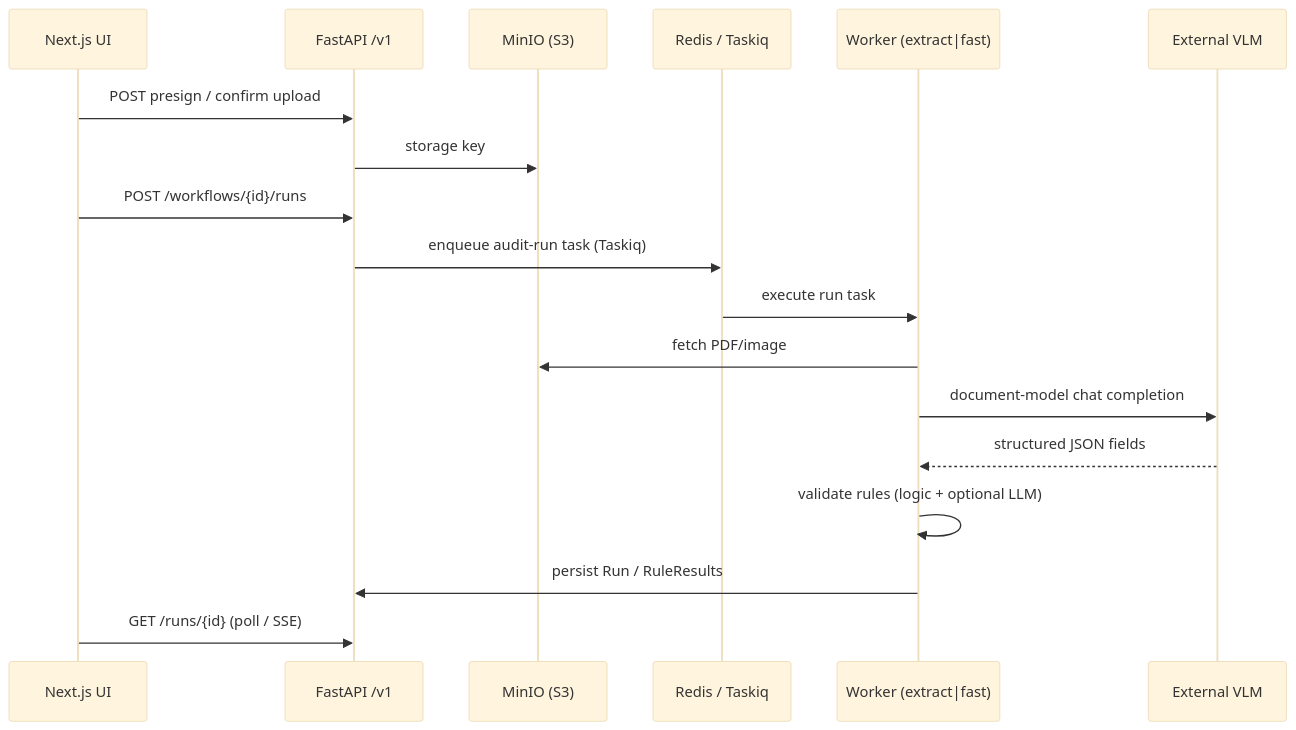
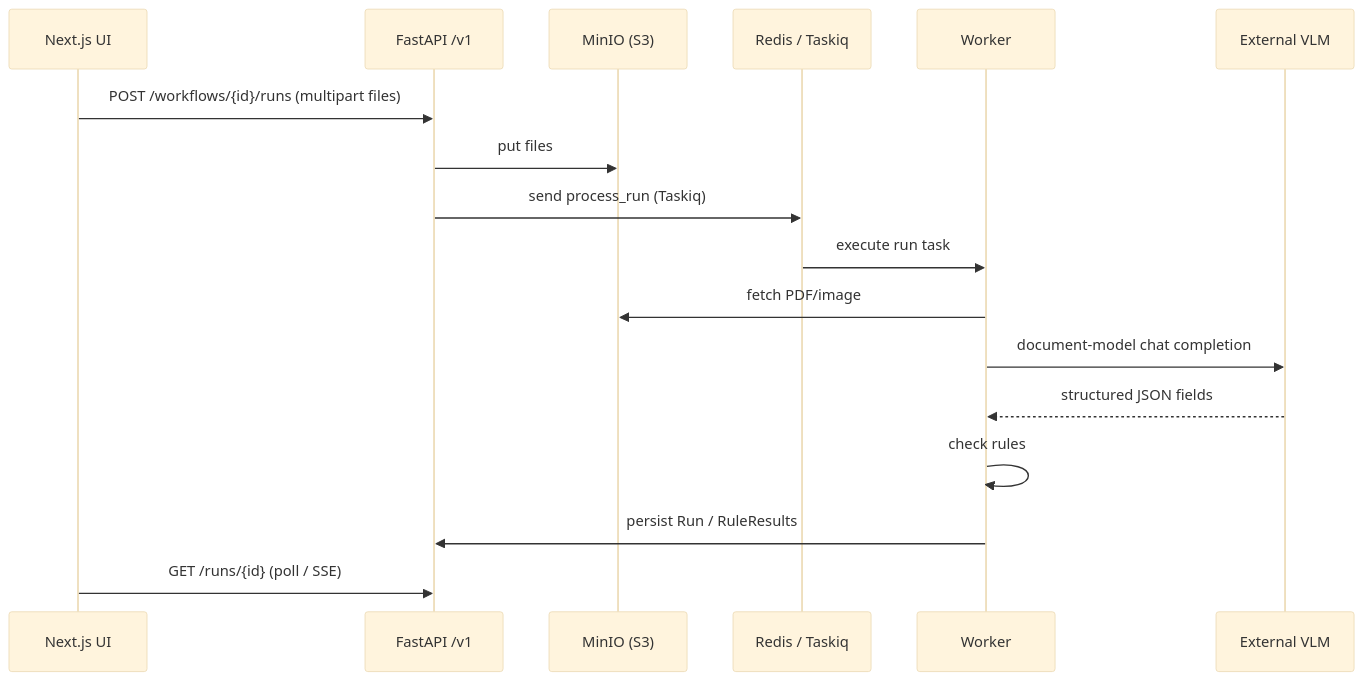
One commit to MehdiGououiad/repody changed the diagram in CONTEXT.md. Above: the diagram before and after it, drawn with Mermaid (base theme). The commit also changed other lines of this file and 379 other files, not shown here.

````diff
--- a/CONTEXT.md
+++ b/CONTEXT.md
@@ -34,21 +34,20 @@
 ```mermaid
 sequenceDiagram
   participant UI as Next.js UI
   participant API as FastAPI /v1
   participant Store as MinIO (S3)
   participant Q as Redis / Taskiq
-  participant W as Worker (extract|fast)
+  participant W as Worker
   participant Inf as External VLM
 
-  UI->>API: POST presign / confirm upload
-  API->>Store: storage key
-  UI->>API: POST /workflows/{id}/runs
-  API->>Q: enqueue audit-run task (Taskiq)
+  UI->>API: POST /workflows/{id}/runs (multipart files)
+  API->>Store: put files
+  API->>Q: send process_run (Taskiq)
   Q->>W: execute run task
   W->>Store: fetch PDF/image
   W->>Inf: document-model chat completion
   Inf-->>W: structured JSON fields
-  W->>W: validate rules (logic + optional LLM)
+  W->>W: check rules
   W->>API: persist Run / RuleResults
   UI->>API: GET /runs/{id} (poll / SSE)
 ```
````
